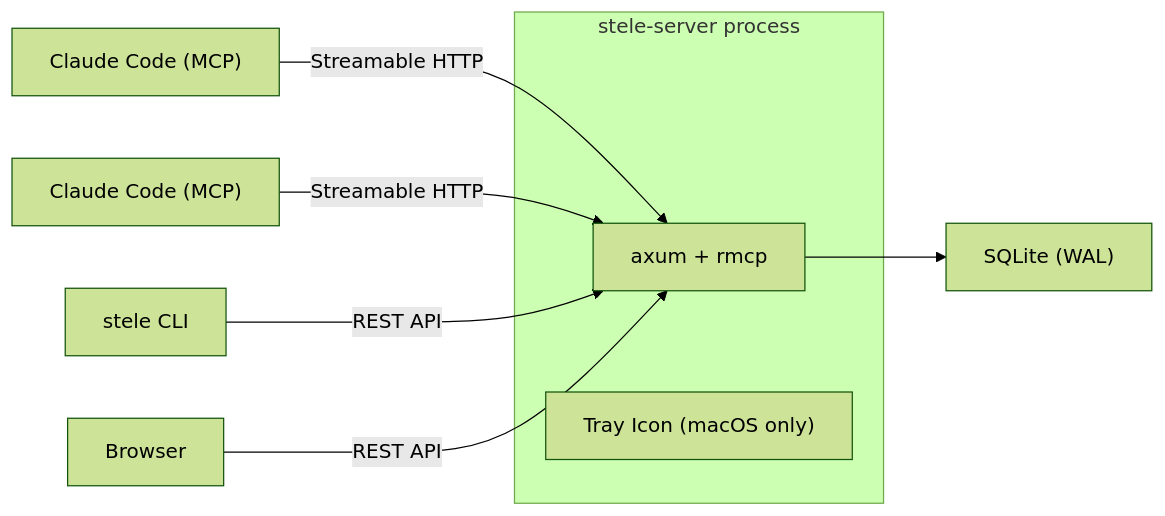
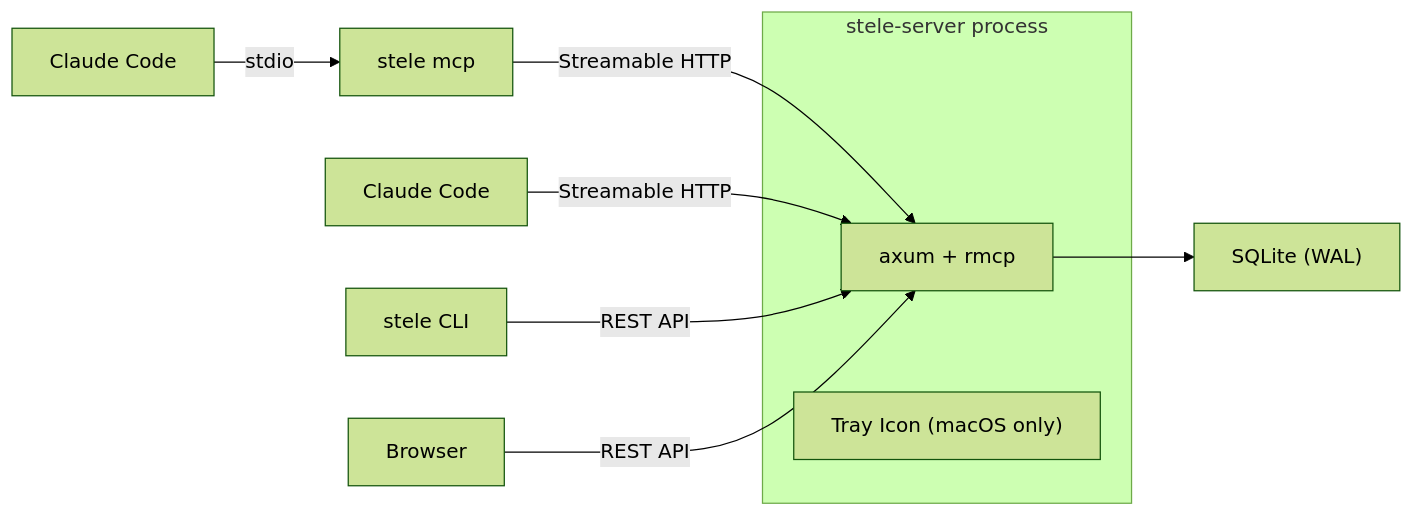
One commit to tasanakorn/stele changed the second of 2 diagrams in docs/architecture.md. Above: the diagram before and after it, drawn with Mermaid (forest theme). The commit also changed other lines of this file and 11 other files, not shown here.

First line of the commit message:
Add MCP stdio proxy and switch to stdio as primary transport (v0.3.0)

````diff
--- a/docs/architecture.md
+++ b/docs/architecture.md
@@ -38,12 +38,13 @@
 ```mermaid
 graph LR
-    CC1["Claude Code (MCP)"] -- "Streamable HTTP" --> Server
-    CC2["Claude Code (MCP)"] -- "Streamable HTTP" --> Server
+    CC1["Claude Code"] -- "stdio" --> Proxy["stele mcp"]
+    Proxy -- "Streamable HTTP" --> Server
+    CC2["Claude Code"] -- "Streamable HTTP" --> Server
     CLI["stele CLI"] -- "REST API" --> Server
     Browser -- "REST API" --> Server
     Server --> SQLite["SQLite (WAL)"]
     subgraph "stele-server process"
         Server["axum + rmcp"]
         Tray["Tray Icon (macOS only)"]
     end
 ```
````
